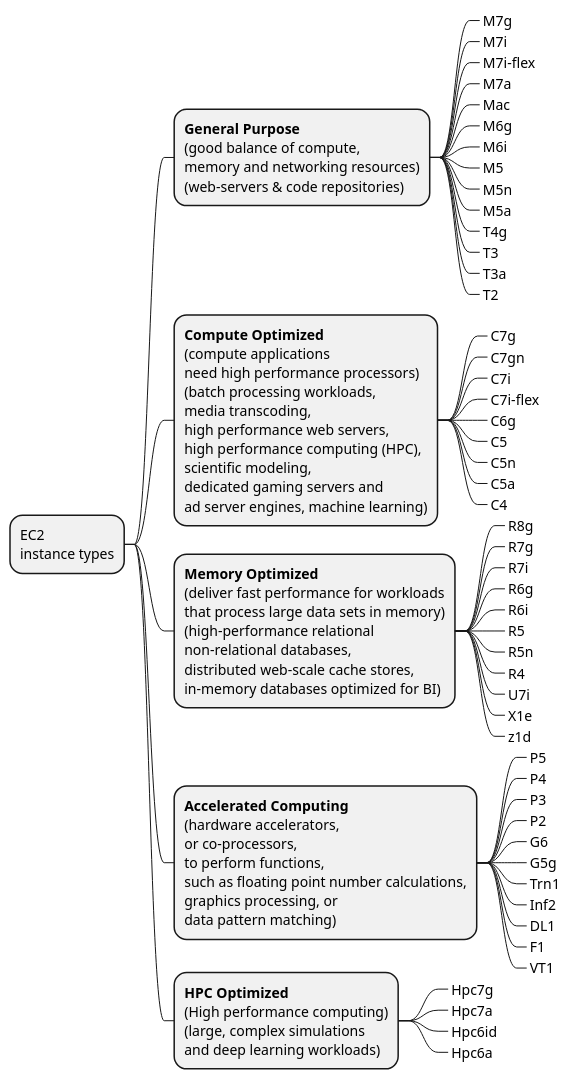
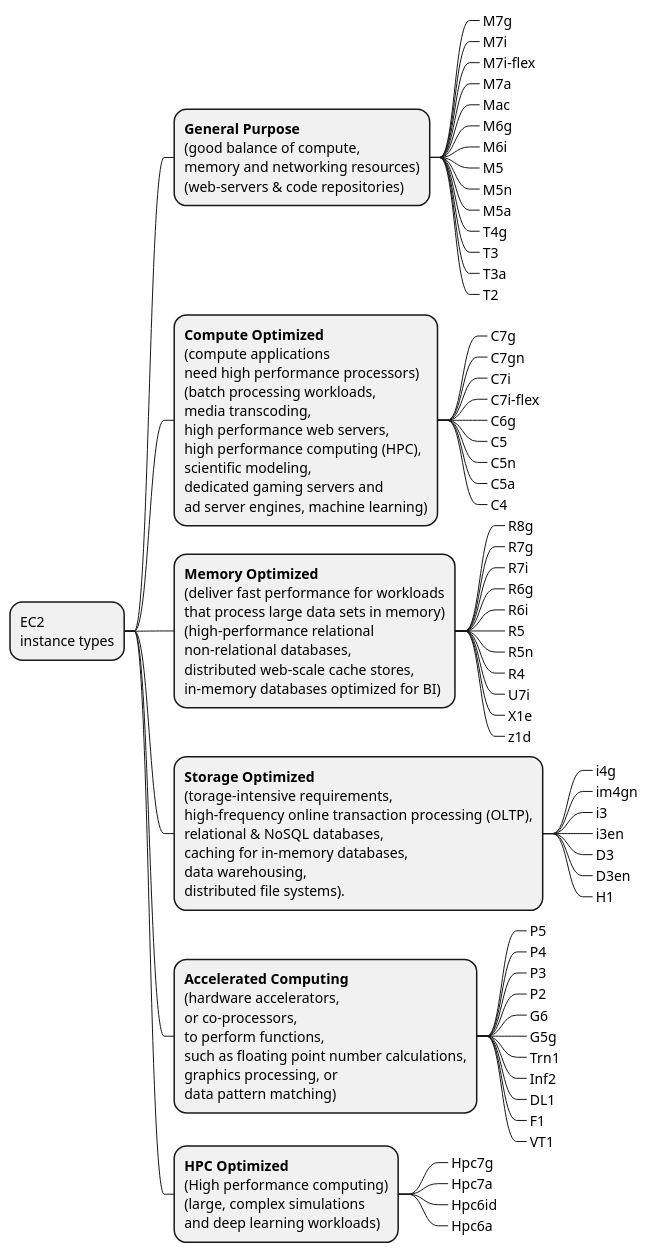
Before and after one commit to avall/AWS-SAA-C03: the diagram in assets/uml/003-ec2/ec2-instance-types.puml, drawn with PlantUML. The commit also changed 1 other file, not shown here.

```diff
--- a/assets/uml/003-ec2/ec2-instance-types.puml
+++ b/assets/uml/003-ec2/ec2-instance-types.puml
@@ -1,61 +1,70 @@
 @startmindmap
 * EC2\ninstance types
 ** <b>General Purpose</b>\n(good balance of compute,\nmemory and networking resources)\n(web-servers & code repositories)
 ***_ M7g
 ***_ M7i
 ***_ M7i-flex
 ***_ M7a
 ***_ Mac
 ***_ M6g
 ***_ M6i
 ***_ M5
 ***_ M5n
 ***_ M5a
 ***_ T4g
 ***_ T3
 ***_ T3a
 ***_ T2
 
 ** <b>Compute Optimized</b>\n(compute applications\nneed high performance processors)\n(batch processing workloads,\nmedia transcoding,\nhigh performance web servers,\nhigh performance computing (HPC),\nscientific modeling,\ndedicated gaming servers and\nad server engines, machine learning)
 ***_ C7g
 ***_ C7gn
 ***_ C7i
 ***_ C7i-flex
 ***_ C6g
 ***_ C5
 ***_ C5n
 ***_ C5a
 ***_ C4
 
 ** <b>Memory Optimized</b>\n(deliver fast performance for workloads\nthat process large data sets in memory)\n(high-performance relational\nnon-relational databases,\ndistributed web-scale cache stores,\nin-memory databases optimized for BI)
 ***_ R8g
 ***_ R7g
 ***_ R7i
 ***_ R6g
 ***_ R6i
 ***_ R5
 ***_ R5n
 ***_ R4
 ***_ U7i
 ***_ X1e
 ***_ z1d
 
+** <b>Storage Optimized</b>\n(torage-intensive requirements,\nhigh-frequency online transaction processing (OLTP),\nrelational & NoSQL databases,\ncaching for in-memory databases,\ndata warehousing,\ndistributed file systems).
+***_ i4g
+***_ im4gn
+***_ i3
+***_ i3en
+***_ D3
+***_ D3en
+***_ H1
+
 ** <b>Accelerated Computing</b>\n(hardware accelerators,\nor co-processors,\nto perform functions,\nsuch as floating point number calculations,\ngraphics processing, or\ndata pattern matching)
 ***_ P5
 ***_ P4
 ***_ P3
 ***_ P2
 ***_ G6
 ***_ G5g
 ***_ Trn1
 ***_ Inf2
 ***_ DL1
 ***_ F1
 ***_ VT1
 
 ** <b>HPC Optimized</b>\n(High performance computing)\n(large, complex simulations\nand deep learning workloads)
 ***_ Hpc7g
 ***_ Hpc7a
 ***_ Hpc6id
 ***_ Hpc6a
 @endmindmap
```
